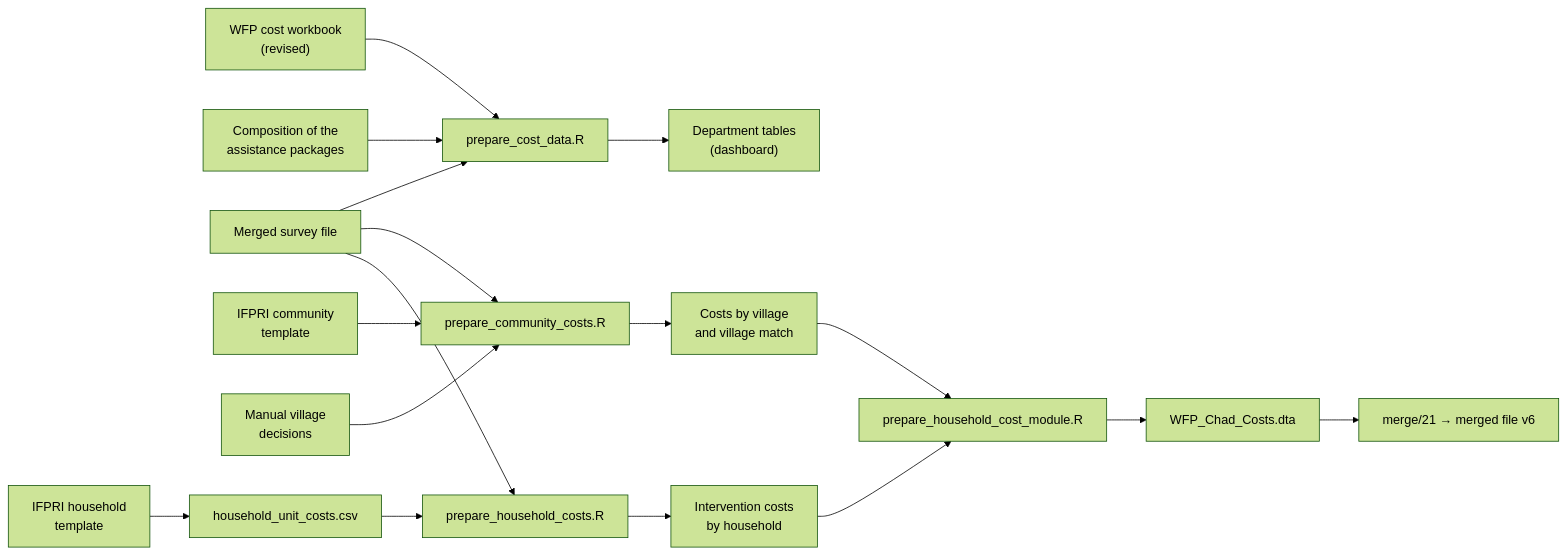
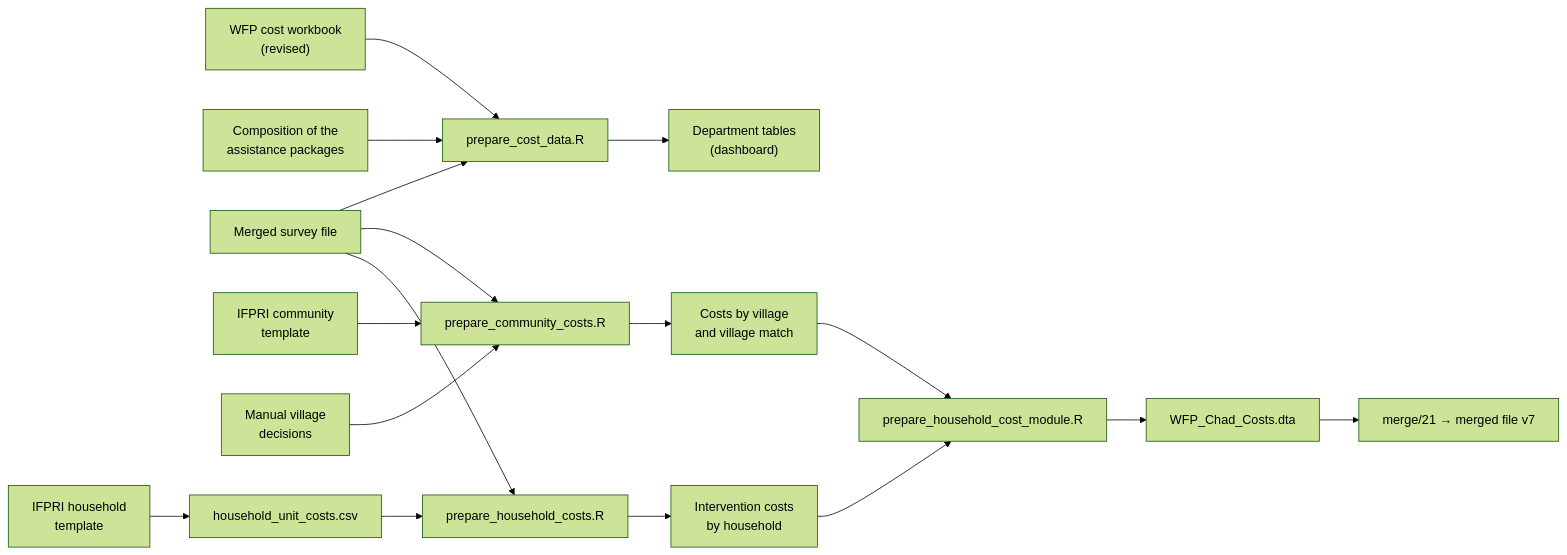
The diagram in costs/README.md (Abson-dev/WFP_Chad_Cost_Benefit_Analysis_data_merging), drawn with Mermaid (forest theme) before and after one commit. The commit also changed other lines of this file and 6 other files, not shown here.

````diff
--- a/costs/README.md
+++ b/costs/README.md
@@ -13,19 +13,19 @@
 ```mermaid
 flowchart LR
   A["WFP cost workbook<br/>(revised)"] --> P1["prepare_cost_data.R"]
   B["Composition of the<br/>assistance packages"] --> P1
   M["Merged survey file"] --> P1
   P1 --> D["Department tables<br/>(dashboard)"]
   C["IFPRI community<br/>template"] --> P2["prepare_community_costs.R"]
   M --> P2
   R["Manual village<br/>decisions"] --> P2
   P2 --> V["Costs by village<br/>and village match"]
   H["IFPRI household<br/>template"] --> U["household_unit_costs.csv"]
   U --> P3["prepare_household_costs.R"]
   M --> P3
   P3 --> I["Intervention costs<br/>by household"]
   V --> P4["prepare_household_cost_module.R"]
   I --> P4
   P4 --> K["WFP_Chad_Costs.dta"]
-  K --> S["merge/21 → merged file v6"]
+  K --> S["merge/21 → merged file v7"]
 ```
````
